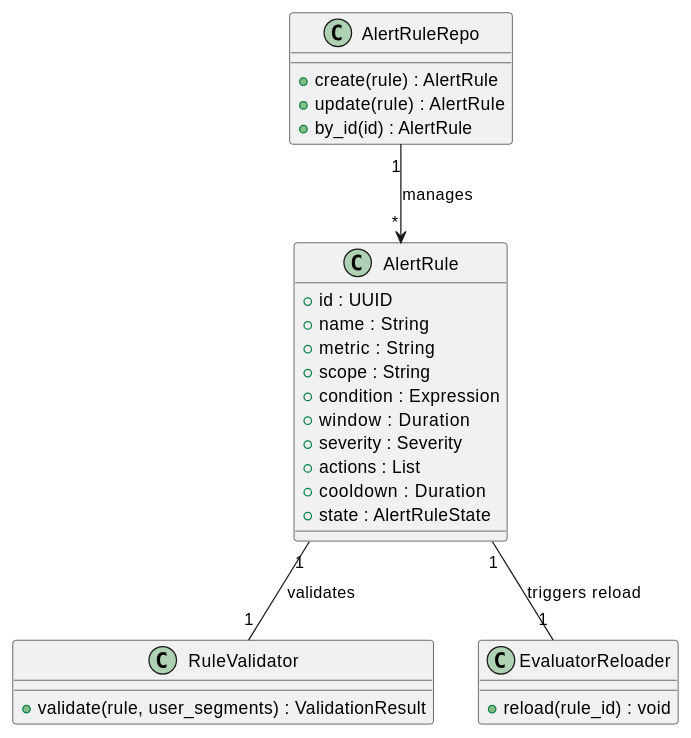
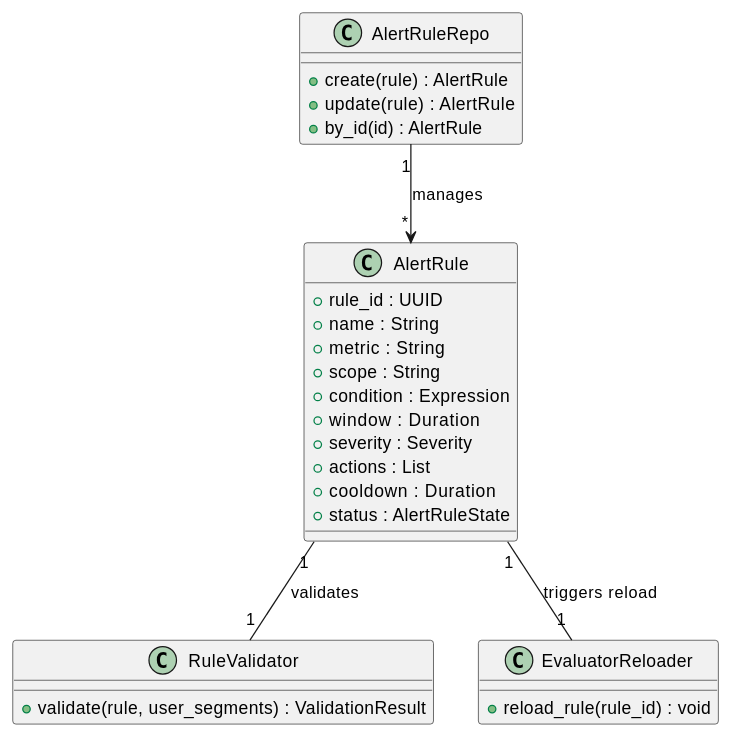
One commit to jcg-admin/IACT-docs changed the diagram in source/requisitos/casos-uso/alerts/uc-alr-01/diagramas-uml/diagrama-de-clases.rst. Above: the diagram before and after it, drawn with PlantUML. The commit also changed 7 other files, not shown here.

```diff
--- a/source/requisitos/casos-uso/alerts/uc-alr-01/diagramas-uml/diagrama-de-clases.rst
+++ b/source/requisitos/casos-uso/alerts/uc-alr-01/diagramas-uml/diagrama-de-clases.rst
@@ -6,37 +6,37 @@
 .. uml::
  :caption: UC_ALR_01 — clases involucradas en gestion de AlertRule.
 
  @startuml
 
  class AlertRule {
-   + id : UUID
+   + rule_id : UUID
    + name : String
    + metric : String
    + scope : String
    + condition : Expression
    + window : Duration
    + severity : Severity
    + actions : List
    + cooldown : Duration
-   + state : AlertRuleState
+   + status : AlertRuleState
  }
 
  class RuleValidator {
    + validate(rule, user_segments) : ValidationResult
  }
 
  class EvaluatorReloader {
-   + reload(rule_id) : void
+   + reload_rule(rule_id) : void
  }
 
  class AlertRuleRepo {
    + create(rule) : AlertRule
    + update(rule) : AlertRule
    + by_id(id) : AlertRule
  }
 
  AlertRule "1" -- "1" RuleValidator : validates
  AlertRule "1" -- "1" EvaluatorReloader : triggers reload
  AlertRuleRepo "1" --> "*" AlertRule : manages
 
  @enduml
```
